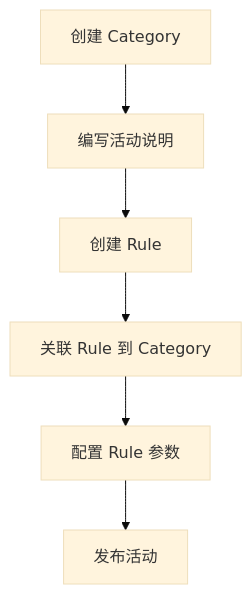
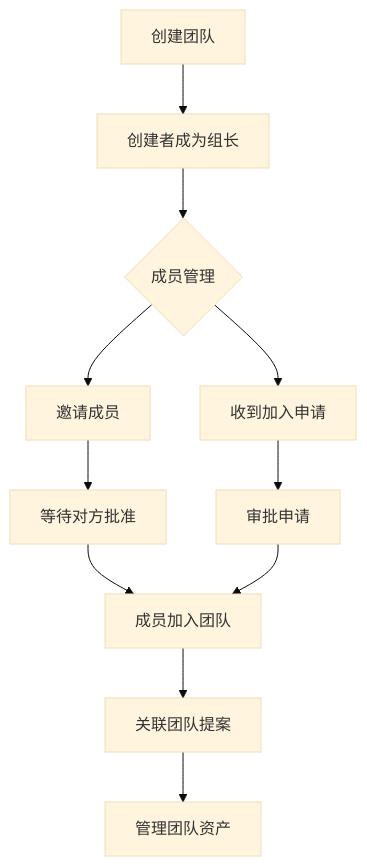
The second of 8 diagrams in docs/user-journeys.md (H2OSLabs/SynnovatorZero), drawn with Mermaid (base theme) before and after one commit. The commit also changed other lines of this file and 8 other files, not shown here.

````diff
--- a/docs/user-journeys.md
+++ b/docs/user-journeys.md
@@ -136,8 +130,13 @@
 ```mermaid
 flowchart TD
-    A[创建 Category] --> B[编写活动说明]
-    B --> C[创建 Rule]
-    C --> D[关联 Rule 到 Category]
-    D --> E[配置 Rule 参数]
-    E --> F[发布活动]
+    A[创建团队] --> B[创建者成为组长]
+    B --> C{成员管理}
+    C --> C1[邀请成员]
+    C --> C2[收到加入申请]
+    C1 --> D[等待对方批准]
+    C2 --> E[审批申请]
+    D --> F[成员加入团队]
+    E --> F
+    F --> G[关联团队提案]
+    G --> H[管理团队资产]
 ```
````
